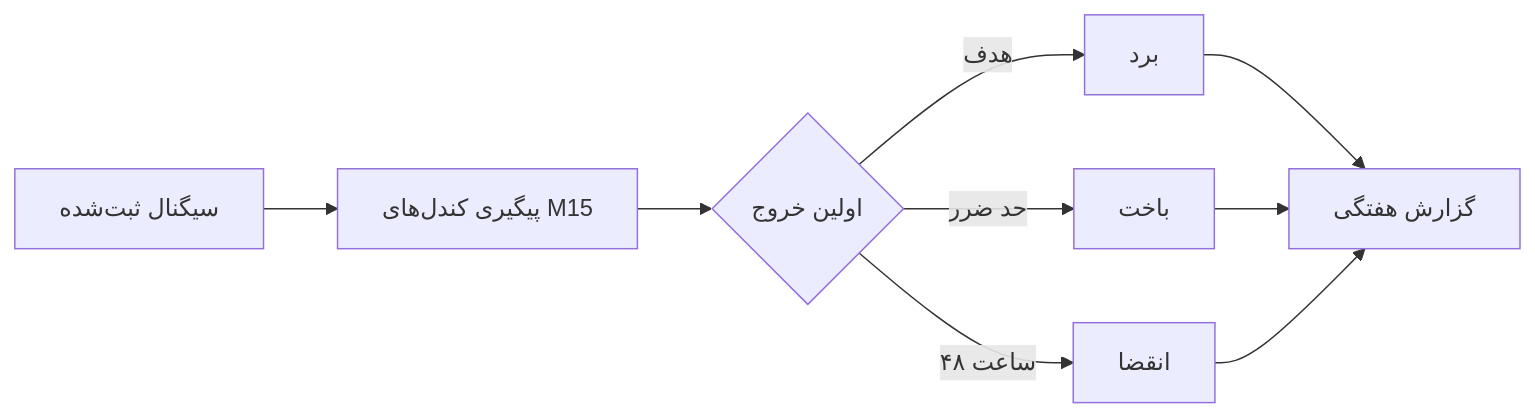
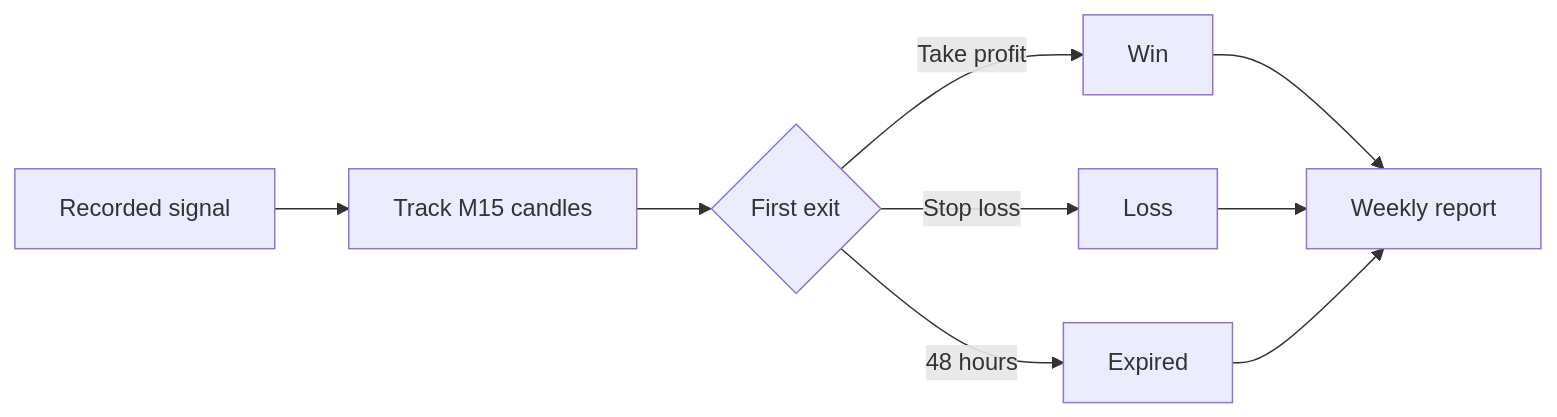
One commit to Suushian/Odin-Assistant changed the second of 3 diagrams in README.md. Above: the diagram before and after it, drawn with Mermaid. The commit also changed other lines of this file, not shown here.

Commit message:
docs: fix RTL header and simplify Mermaid diagrams

````diff
--- a/README.md
+++ b/README.md
@@ -155,11 +150,11 @@
 ```mermaid
 flowchart LR
-    A["سیگنال ثبت‌شده"] --> B["پیگیری کندل‌های M15"]
-    B --> C{"اولین خروج"}
-    C -->|هدف| D["برد"]
-    C -->|حد ضرر| E["باخت"]
-    C -->|۴۸ ساعت| F["انقضا"]
-    D --> G["گزارش هفتگی"]
+    A["Recorded signal"] --> B["Track M15 candles"]
+    B --> C{"First exit"}
+    C -->|Take profit| D["Win"]
+    C -->|Stop loss| E["Loss"]
+    C -->|48 hours| F["Expired"]
+    D --> G["Weekly report"]
     E --> G
     F --> G
 ```
````
